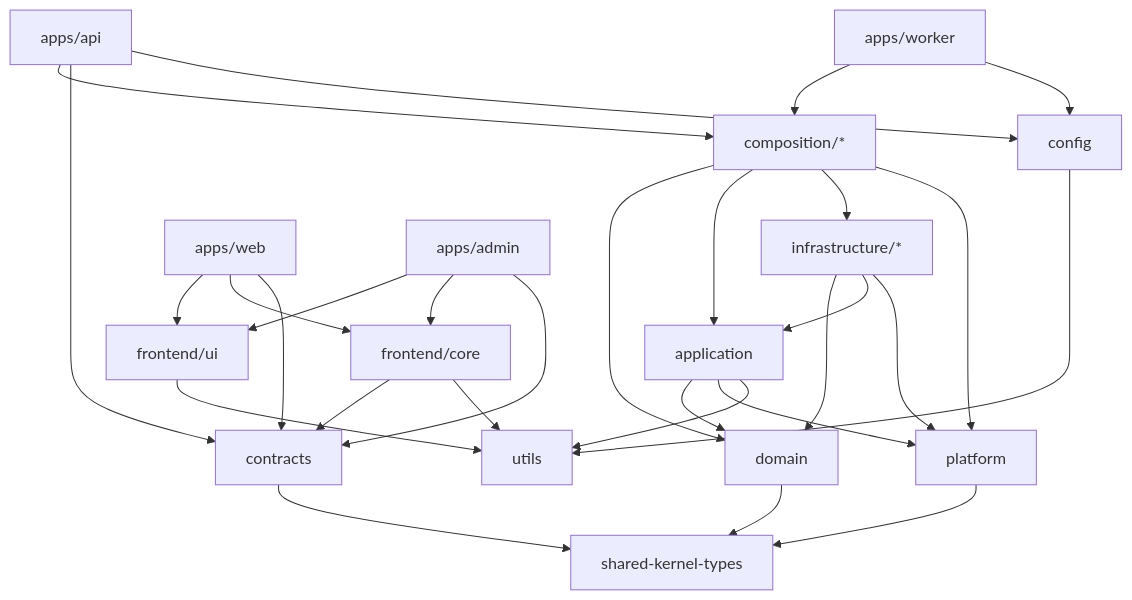
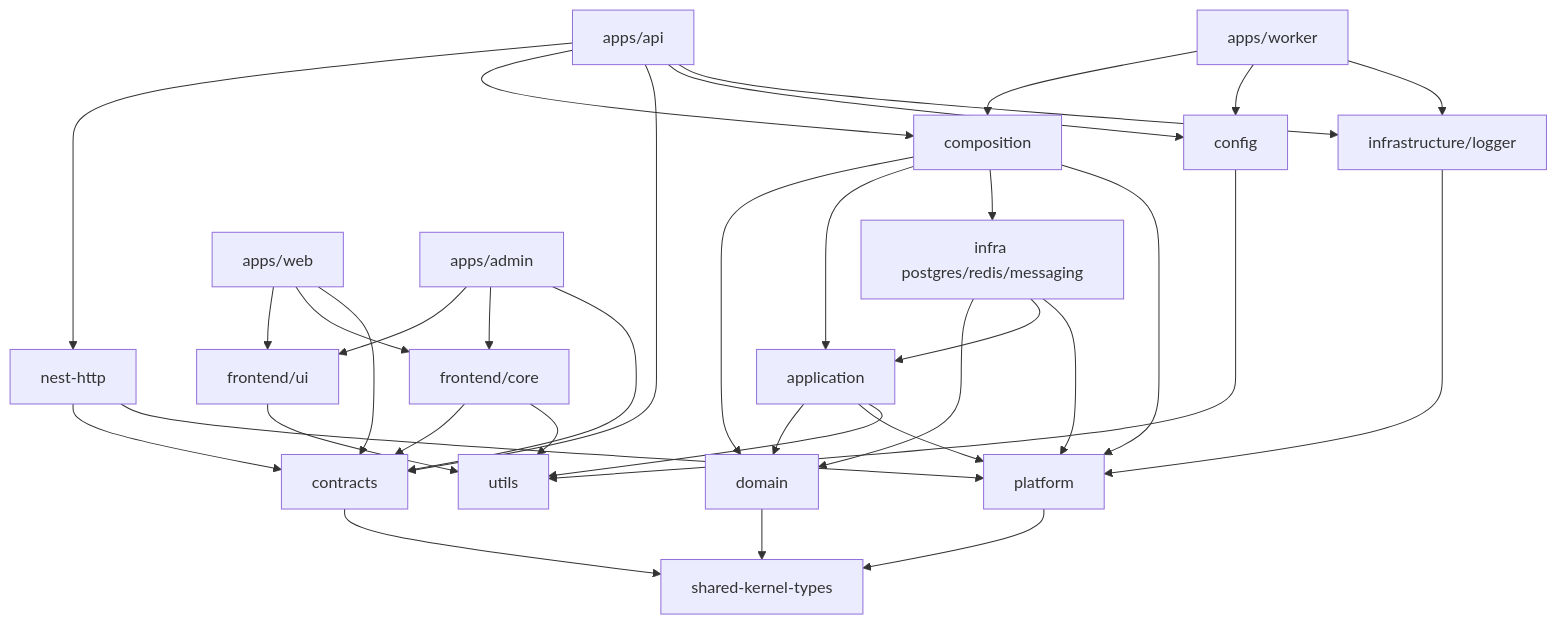
The diagram in docs/architecture/workspace-topology.md (VladimirGhrejyan/b2b-saas-starter-kit), drawn with Mermaid before and after one commit. The commit also changed other lines of this file and 19 other files, not shown here.

Commit message:
chore(VC-1): update architecture related docs, import groups, nx boundaries

````diff
--- a/docs/architecture/workspace-topology.md
+++ b/docs/architecture/workspace-topology.md
@@ -96,50 +100,58 @@
 ```mermaid
 flowchart TB
   skt[shared-kernel-types]
   utils[utils]
   contracts[contracts]
   cfg[config]
 
   domain[domain]
   platform[platform]
   application[application]
-  infra[infrastructure/*]
-  composition[composition/*]
+  infra["infra postgres/redis/messaging"]
+  loggerPkg[infrastructure/logger]
+  nestHttp[nest-http]
+  composition[composition]
 
   api[apps/api]
   worker[apps/worker]
 
   ui[frontend/ui]
   core[frontend/core]
   web[apps/web]
   admin[apps/admin]
 
   contracts --> skt
   cfg --> utils
   domain --> skt
   platform --> skt
   application --> domain
   application --> platform
   application --> utils
   infra --> domain
   infra --> application
   infra --> platform
+  loggerPkg --> platform
+  nestHttp --> contracts
+  nestHttp --> platform
   composition --> domain
   composition --> application
   composition --> infra
   composition --> platform
+  api --> nestHttp
   api --> composition
   api --> contracts
   api --> cfg
+  api --> loggerPkg
   worker --> composition
   worker --> cfg
+  worker --> loggerPkg
   core --> contracts
   core --> utils
   ui --> utils
   web --> ui
   web --> core
   web --> contracts
   admin --> ui
   admin --> core
   admin --> contracts
 ```
````
